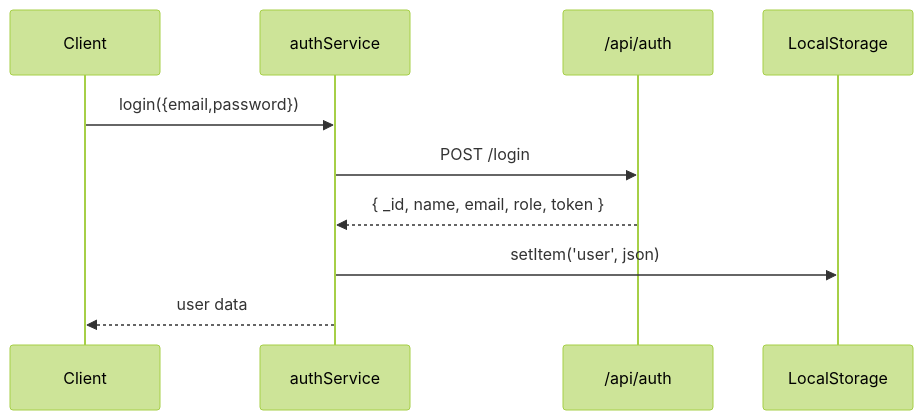
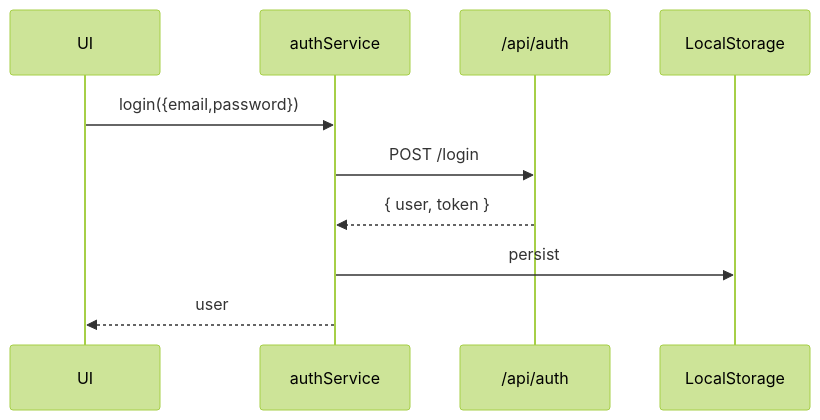
One commit to abh1hi/aura-shop changed the first of 9 diagrams in metainflu/frontend/client/src/services/SERVICES_DEVELOPER_DOCUMENTATION.md. Above: the diagram before and after it, drawn with Mermaid (forest theme). The commit also changed other lines of this file, not shown here.

Commit message:
Extend services developer documentation with axios client, error model, testing, and advanced guidance

````diff
--- a/metainflu/frontend/client/src/services/SERVICES_DEVELOPER_DOCUMENTATION.md
+++ b/metainflu/frontend/client/src/services/SERVICES_DEVELOPER_DOCUMENTATION.md
@@ -60,11 +185,11 @@
 ```mermaid
 sequenceDiagram
-  participant UI as Client
-  participant S as authService
+  participant UI
+  participant Auth as authService
   participant API as /api/auth
-  UI->>S: login({email,password})
-  S->>API: POST /login
-  API-->>S: { _id, name, email, role, token }
-  S->>LocalStorage: setItem('user', json)
-  S-->>UI: user data
+  UI->>Auth: login({email,password})
+  Auth->>API: POST /login
+  API-->>Auth: { user, token }
+  Auth->>LocalStorage: persist
+  Auth-->>UI: user
 ```
````
